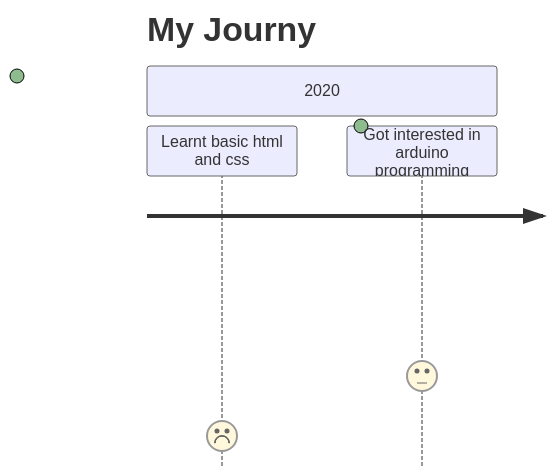
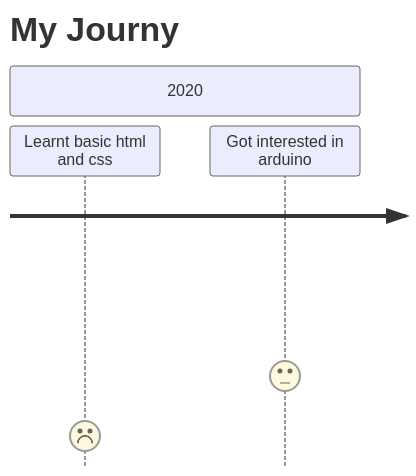
The diagram in README.md (pratik-londhe4/pratik-londhe4), drawn with Mermaid before and after one commit.

````diff
--- a/README.md
+++ b/README.md
@@ -16,12 +16,12 @@
 ```mermaid
 journey
 	title   My Journy 
 	section 2020
-		Learnt basic html and css: 1
-		Got interested in arduino programming : 3 : 
+		Learnt basic html and css  :  1
+		Got interested in arduino  : 3
 		
 	section 2021
 		
 	section 2021
 		
 ```
````
